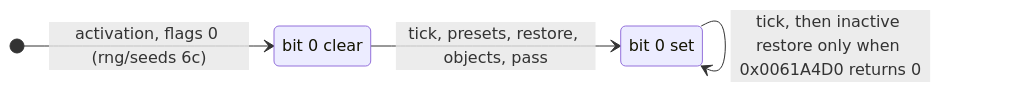
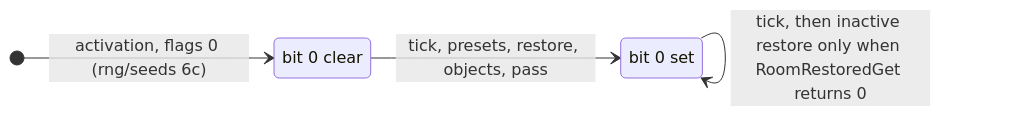
The third of 8 diagrams in docs/specs/monsters/spawn.md (IgorKonovalov/diablo-2-recompilation), drawn with Mermaid before and after one commit. The commit also changed other lines of this file and 10 other files, not shown here.

````diff
--- a/docs/specs/monsters/spawn.md
+++ b/docs/specs/monsters/spawn.md
@@ -203,9 +204,9 @@
 ```mermaid
 stateDiagram-v2
     direction LR
     fresh: bit 0 clear
     populated: bit 0 set
     [*] --> fresh: activation, flags 0 (rng/seeds 6c)
     fresh --> populated: tick, presets, restore, objects, pass
-    populated --> populated: tick, then inactive restore only when 0x0061A4D0 returns 0
+    populated --> populated: tick, then inactive restore only when RoomRestoredGet returns 0
 ```
````
